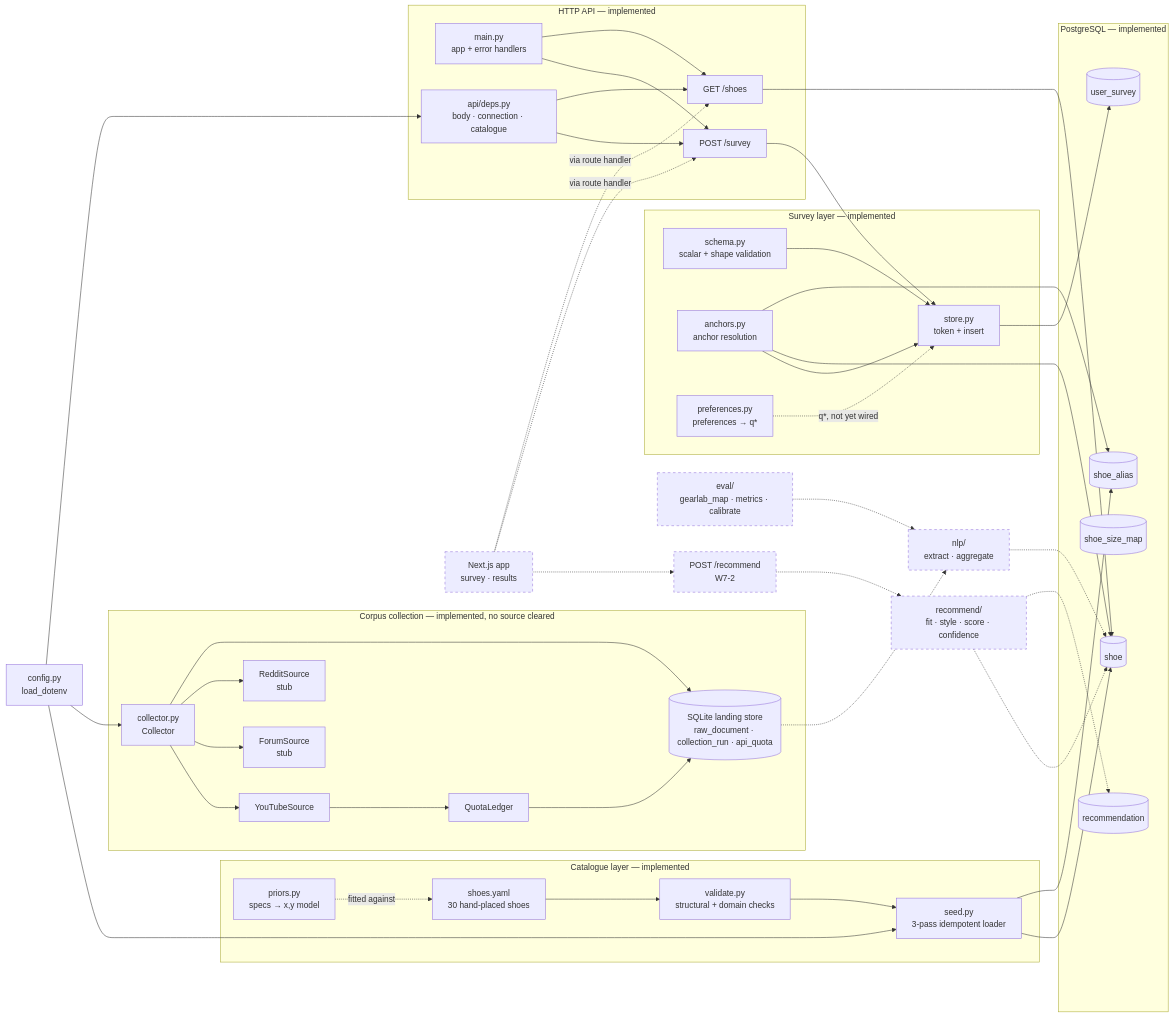
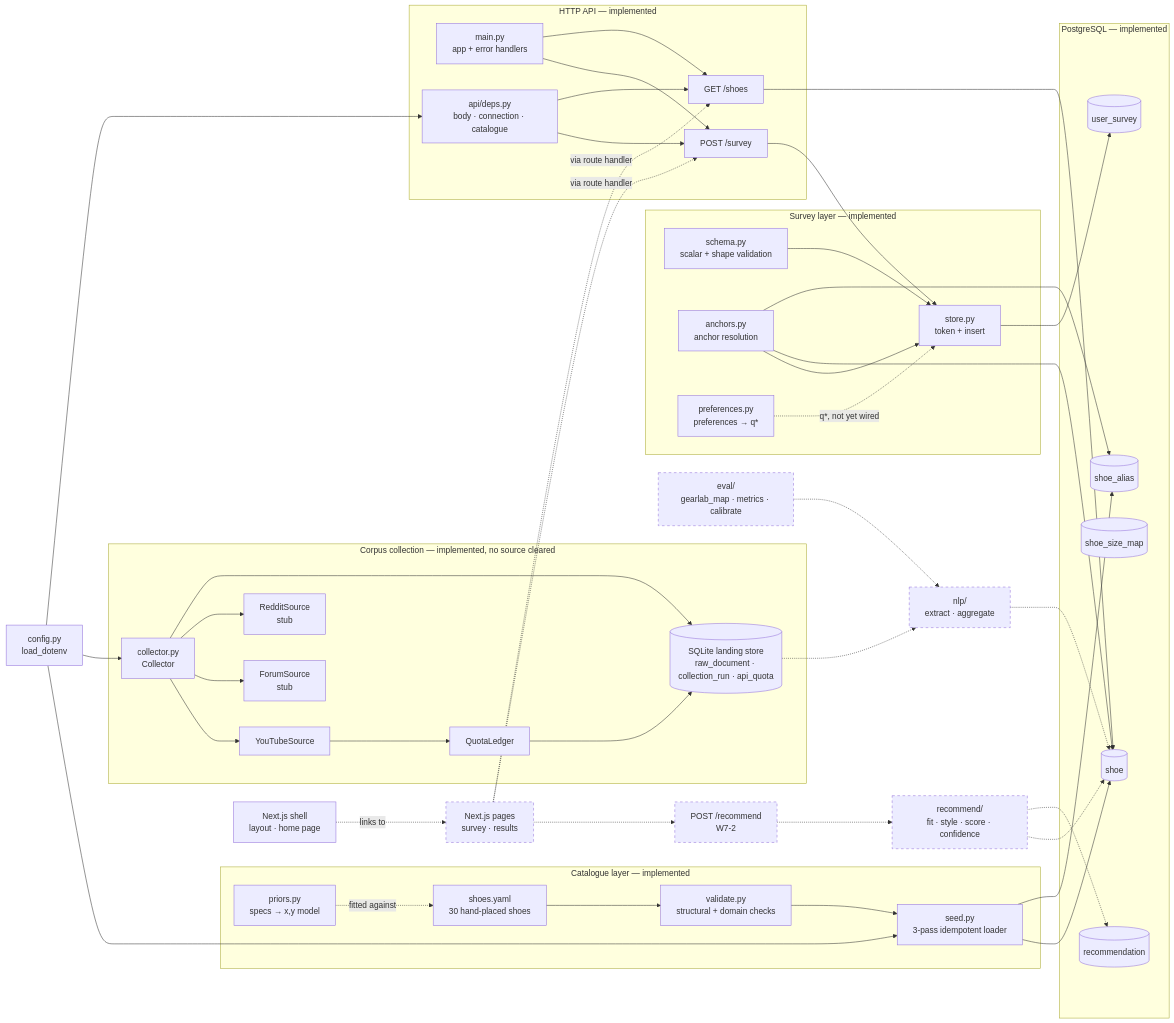
The first of 2 diagrams in docs/ARCHITECTURE.md (barlu3/CruxUp), drawn with Mermaid before and after one commit. The commit also changed other lines of this file and 2 other files, not shown here.

````diff
--- a/docs/ARCHITECTURE.md
+++ b/docs/ARCHITECTURE.md
@@ -34,78 +34,80 @@
 ```mermaid
 flowchart LR
   subgraph Catalogue["Catalogue layer — implemented"]
     YAML[shoes.yaml<br/>30 hand-placed shoes]
     VAL[validate.py<br/>structural + domain checks]
     PRI[priors.py<br/>specs → x,y model]
     SEED[seed.py<br/>3-pass idempotent loader]
   end
 
   subgraph DB["PostgreSQL — implemented"]
     SHOE[(shoe)]
     ALIAS[(shoe_alias)]
     SIZE[(shoe_size_map)]
     SURV[(user_survey)]
     REC[(recommendation)]
   end
 
   subgraph Collect["Corpus collection — implemented, no source cleared"]
     COLL[collector.py<br/>Collector]
     YT[YouTubeSource]
     FOR[ForumSource<br/>stub]
     RED[RedditSource<br/>stub]
     LEDGER[QuotaLedger]
     LAND[(SQLite landing store<br/>raw_document · collection_run · api_quota)]
   end
 
   subgraph Survey["Survey layer — implemented"]
     SCH[schema.py<br/>scalar + shape validation]
     ANC[anchors.py<br/>anchor resolution]
     STO[store.py<br/>token + insert]
     PREF[preferences.py<br/>preferences → q*]
   end
 
   subgraph HTTP["HTTP API — implemented"]
     MAIN[main.py<br/>app + error handlers]
     DEPS[api/deps.py<br/>body · connection · catalogue]
     RSURV[POST /survey]
     RSHOE[GET /shoes]
   end
 
   CFG[config.py<br/>load_dotenv]
 
   YAML --> VAL --> SEED --> SHOE
   SEED --> ALIAS
   PRI -. fitted against .-> YAML
   CFG --> SEED
   CFG --> COLL
   COLL --> YT & FOR & RED
   YT --> LEDGER --> LAND
   COLL --> LAND
   SCH --> STO
   ANC --> STO
   ANC --> SHOE & ALIAS
   STO --> SURV
   PREF -.->|"q*, not yet wired"| STO
   MAIN --> RSURV
   MAIN --> RSHOE
   DEPS --> RSURV
   DEPS --> RSHOE
   CFG --> DEPS
   RSURV --> STO
   RSHOE --> SHOE
 
   RREC[POST /recommend<br/>W7-2]:::planned
   SCORE[recommend/<br/>fit · style · score · confidence]:::planned
   NLP[nlp/<br/>extract · aggregate]:::planned
   EVAL[eval/<br/>gearlab_map · metrics · calibrate]:::planned
-  WEB[Next.js app<br/>survey · results]:::planned
+  SHELL[Next.js shell<br/>layout · home page]
+  WEB[Next.js pages<br/>survey · results]:::planned
 
+  SHELL -. links to .-> WEB
   WEB -.->|via route handler| RSURV
   WEB -.->|via route handler| RSHOE
   WEB -.-> RREC -.-> SCORE -.-> SHOE
   SCORE -.-> REC
   LAND -.-> NLP -.-> SHOE
   EVAL -.-> NLP
 
   classDef planned stroke-dasharray: 5 5
 ```
````
